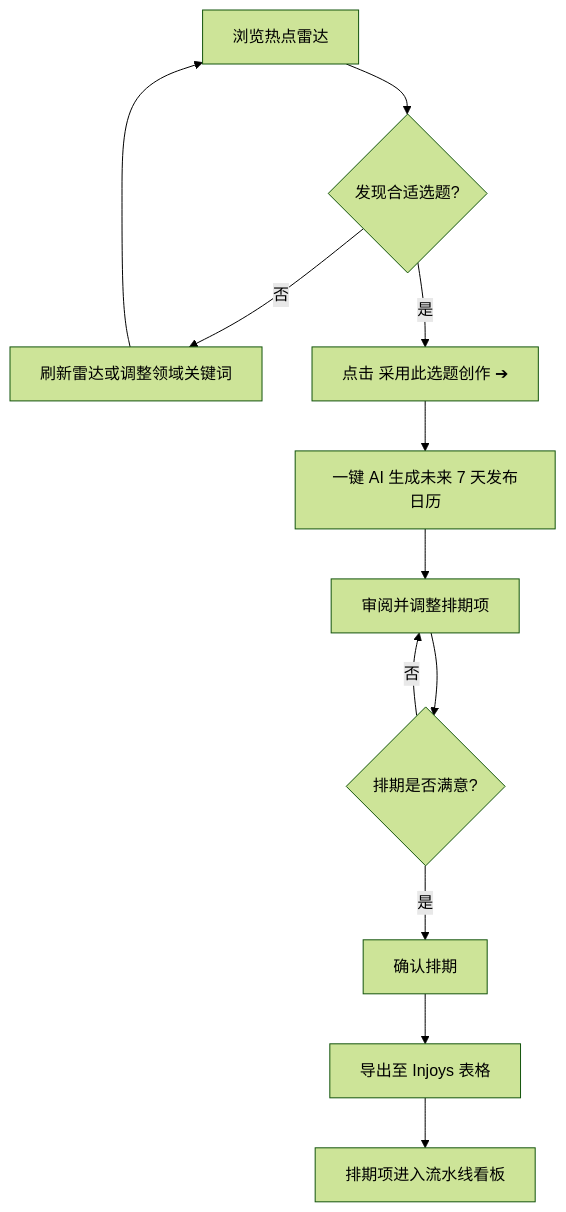
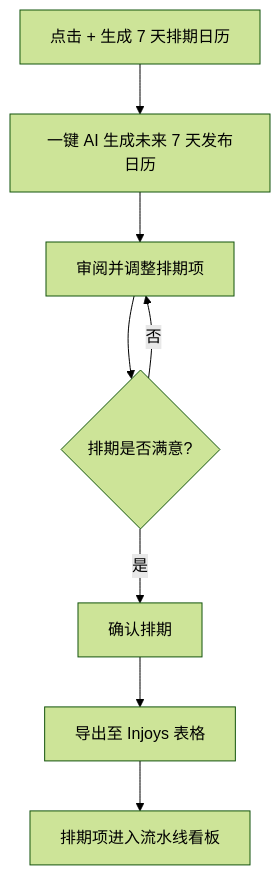
One commit to InJoysAI/dsh-growth-studio changed the third of 6 diagrams in .context/domain/user_journeys.md. Above: the diagram before and after it, drawn with Mermaid (forest theme). The commit also changed other lines of this file and 6 other files, not shown here.

````diff
--- a/.context/domain/user_journeys.md
+++ b/.context/domain/user_journeys.md
@@ -70,14 +92,10 @@
 ```mermaid
 graph TD
-    A[浏览热点雷达] --> B{发现合适选题?}
-    B -- 否 --> C[刷新雷达或调整领域关键词]
-    C --> A
-    B -- 是 --> D[点击 采用此选题创作 ➔]
-    D --> E[一键 AI 生成未来 7 天发布日历]
-    E --> F[审阅并调整排期项]
-    F --> G{排期是否满意?}
-    G -- 否 --> F
-    G -- 是 --> H[确认排期]
-    H --> I[导出至 Injoys 表格]
-    I --> J[排期项进入流水线看板]
+    A[点击 + 生成 7 天排期日历] --> B[一键 AI 生成未来 7 天发布日历]
+    B --> C[审阅并调整排期项]
+    C --> D{排期是否满意?}
+    D -- 否 --> C
+    D -- 是 --> E[确认排期]
+    E --> F[导出至 Injoys 表格]
+    F --> G[排期项进入流水线看板]
 ```
````
